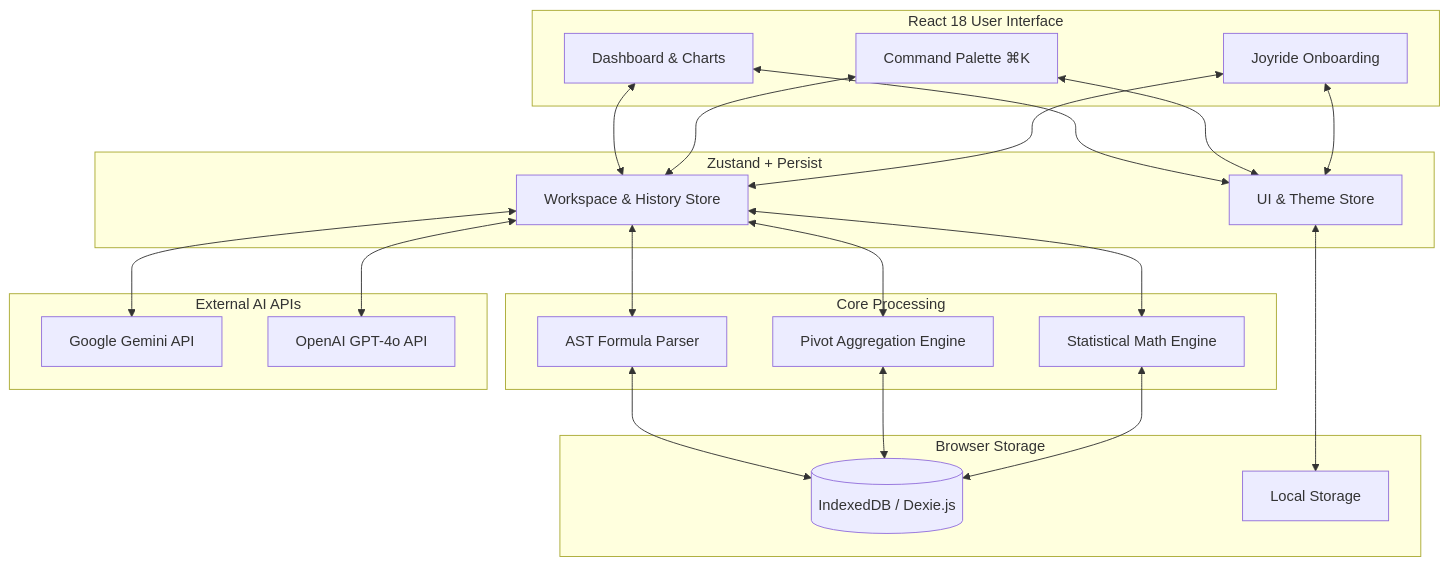
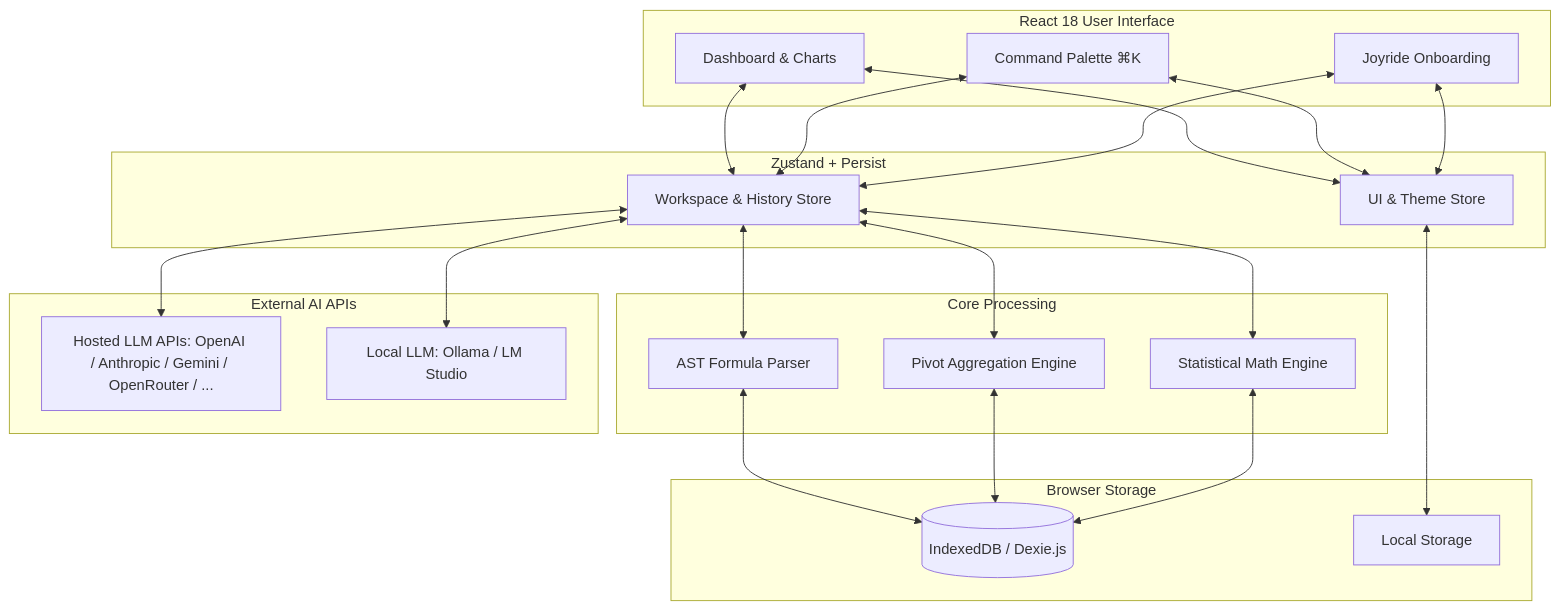
Before and after one commit to vardaanbazaz/datavista: the diagram in README.md, drawn with Mermaid. The commit also changed other lines of this file and 41 other files, not shown here.

````diff
--- a/README.md
+++ b/README.md
@@ -52,36 +55,36 @@
 ```mermaid
 graph TD
     subgraph UI Layer [React 18 User Interface]
         A[Dashboard & Charts]
         B[Command Palette ⌘K]
         C[Joyride Onboarding]
     end
 
     subgraph State Management [Zustand + Persist]
         D[UI & Theme Store]
         E[Workspace & History Store]
     end
 
     subgraph Analytical Engines [Core Processing]
         F[AST Formula Parser]
         G[Pivot Aggregation Engine]
         H[Statistical Math Engine]
     end
 
     subgraph Data Persistence [Browser Storage]
         I[(IndexedDB / Dexie.js)]
         J[Local Storage]
     end
 
     subgraph External AI APIs
-        K[Google Gemini API]
-        L[OpenAI GPT-4o API]
+        K[Hosted LLM APIs: OpenAI / Anthropic / Gemini / OpenRouter / ...]
+        L[Local LLM: Ollama / LM Studio]
     end
 
     %% Flow connections
     A & B & C <--> D & E
     E <--> F & G & H
     F & G & H <--> I
     D <--> J
     E <--> K & L
 ```
````
